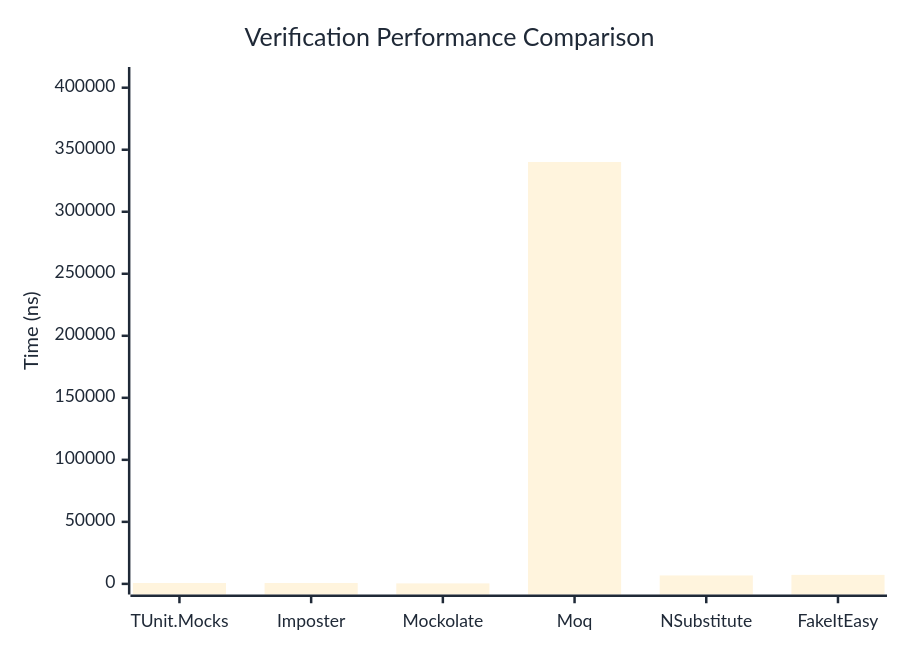
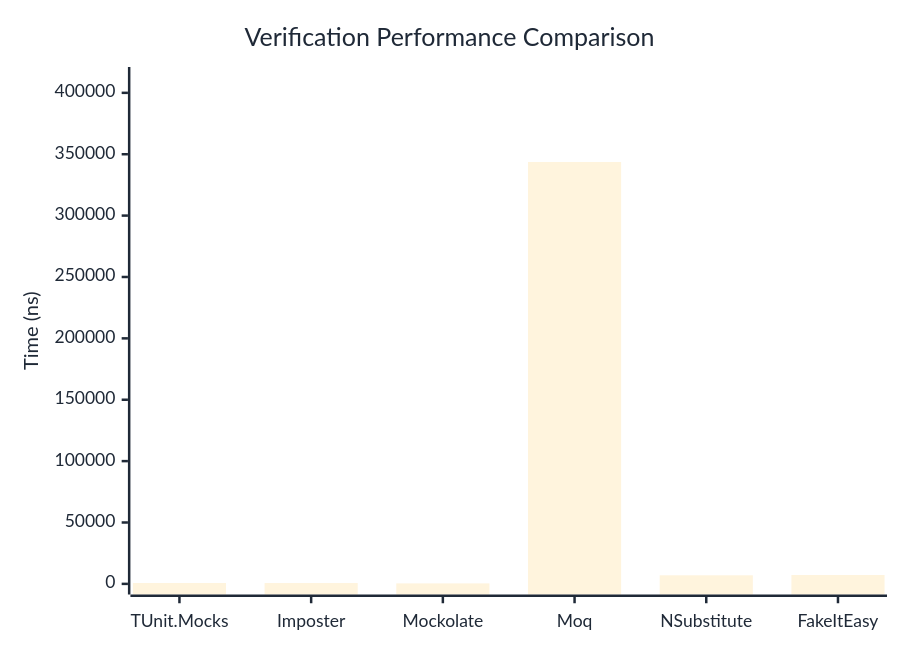
Before and after one commit to thomhurst/TUnit: the first of 3 diagrams in docs/docs/benchmarks/mocks/Verification.md, drawn with Mermaid. The commit also changed other lines of this file and 14 other files, not shown here.

````diff
--- a/docs/docs/benchmarks/mocks/Verification.md
+++ b/docs/docs/benchmarks/mocks/Verification.md
@@ -30,27 +30,27 @@
 ```mermaid
 %%{init: {
   'theme':'base',
   'themeVariables': {
     'primaryColor': '#2563eb',
     'primaryTextColor': '#1f2937',
     'primaryBorderColor': '#1e40af',
     'lineColor': '#6b7280',
     'secondaryColor': '#7c3aed',
     'tertiaryColor': '#dc2626',
     'background': '#ffffff',
     'pie1': '#2563eb',
     'pie2': '#7c3aed',
     'pie3': '#dc2626',
     'pie4': '#f59e0b',
     'pie5': '#10b981',
     'pie6': '#06b6d4',
     'pie7': '#ec4899',
     'pie8': '#6366f1'
   }
 }}%%
 xychart-beta
   title "Verification Performance Comparison"
   x-axis ["TUnit.Mocks", "Imposter", "Mockolate", "Moq", "NSubstitute", "FakeItEasy"]
-  y-axis "Time (ns)" 0 --> 408124
-  bar [691.68, 682.23, 399.46, 340102.89, 6792.81, 7257.17]
+  y-axis "Time (ns)" 0 --> 412395
+  bar [695.1, 670.32, 404.79, 343662.08, 6980.37, 7224.13]
 ```
````
